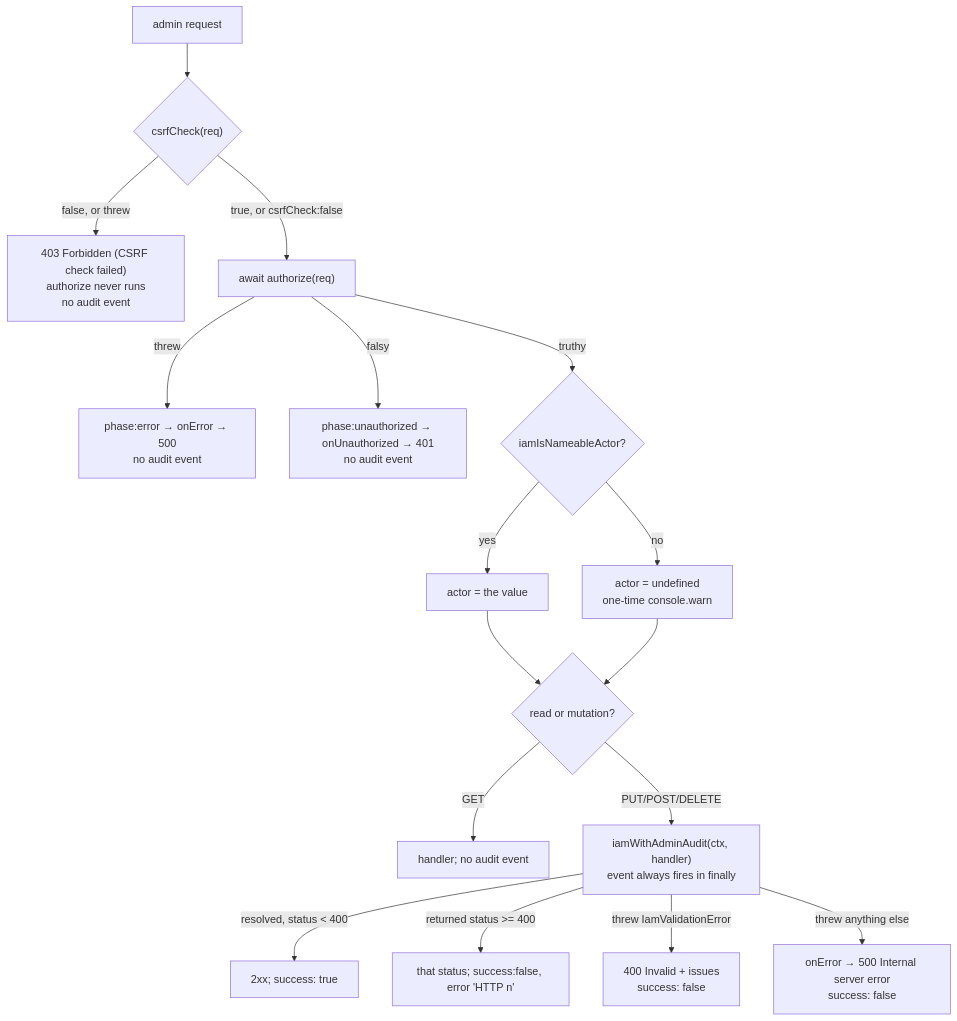
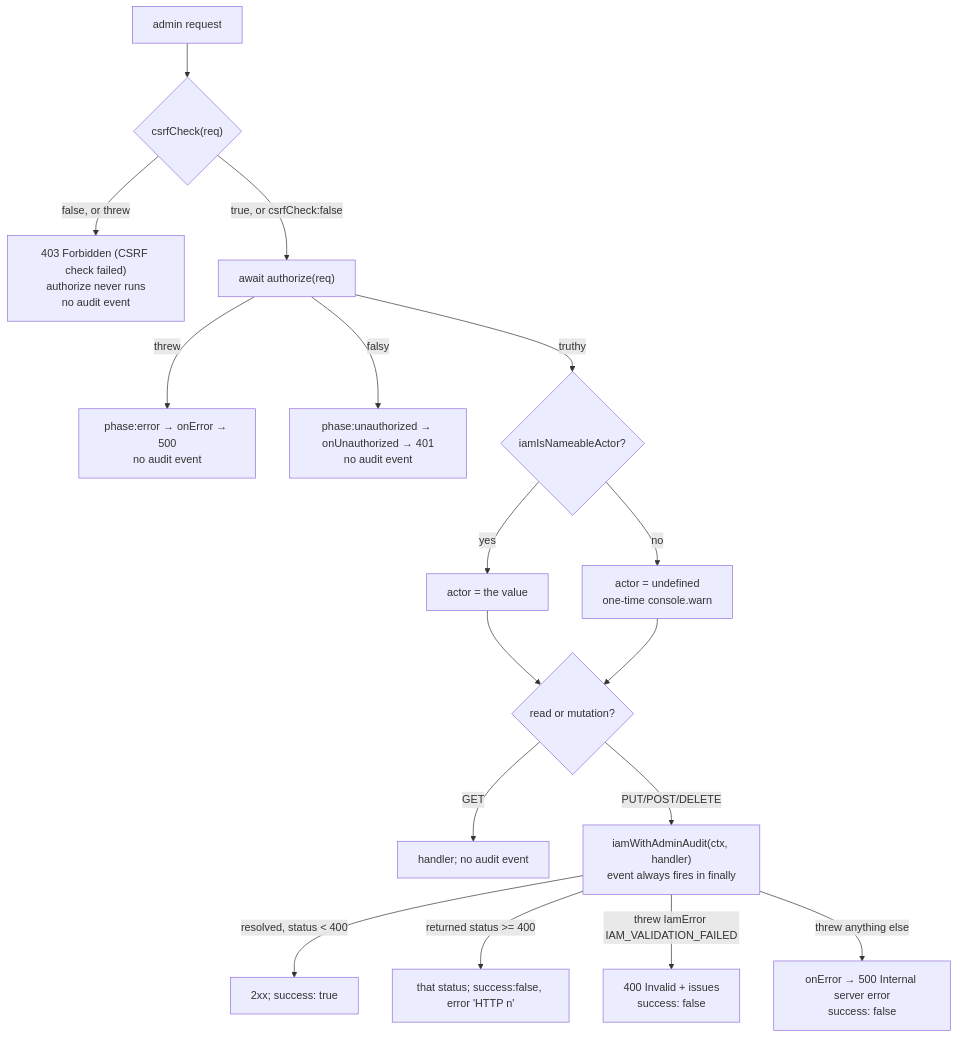
The second of 2 diagrams in packages/duck-iam/docs/reference/server.md (gentleeduck/duck-iam), drawn with Mermaid before and after one commit. The commit also changed other lines of this file and 7 other files, not shown here.

````diff
--- a/packages/duck-iam/docs/reference/server.md
+++ b/packages/duck-iam/docs/reference/server.md
@@ -603,19 +603,19 @@
 ```mermaid
 flowchart TD
     REQ["admin request"] --> CSRF{"csrfCheck(req)"}
     CSRF -->|false, or threw| F403["403 Forbidden (CSRF check failed)<br/>authorize never runs<br/>no audit event"]
     CSRF -->|true, or csrfCheck:false| AUTHZ["await authorize(req)"]
     AUTHZ -->|threw| PERR["phase:error → onError → 500<br/>no audit event"]
     AUTHZ -->|falsy| U401["phase:unauthorized → onUnauthorized → 401<br/>no audit event"]
     AUTHZ -->|truthy| NAME{"iamIsNameableActor?"}
     NAME -->|yes| OKA["actor = the value"]
     NAME -->|no| OKU["actor = undefined<br/>one-time console.warn"]
     OKA --> KIND{"read or mutation?"}
     OKU --> KIND
     KIND -->|GET| READ["handler; no audit event"]
     KIND -->|PUT/POST/DELETE| MUT["iamWithAdminAudit(ctx, handler)<br/>event always fires in finally"]
     MUT -->|resolved, status < 400| S200["2xx; success: true"]
     MUT -->|returned status >= 400| SREF["that status; success:false, error 'HTTP n'"]
-    MUT -->|threw IamValidationError| S400["400 Invalid <kind> + issues<br/>success: false"]
+    MUT -->|threw IamError IAM_VALIDATION_FAILED| S400["400 Invalid <kind> + issues<br/>success: false"]
     MUT -->|threw anything else| S500["onError → 500 Internal server error<br/>success: false"]
 ```
````
